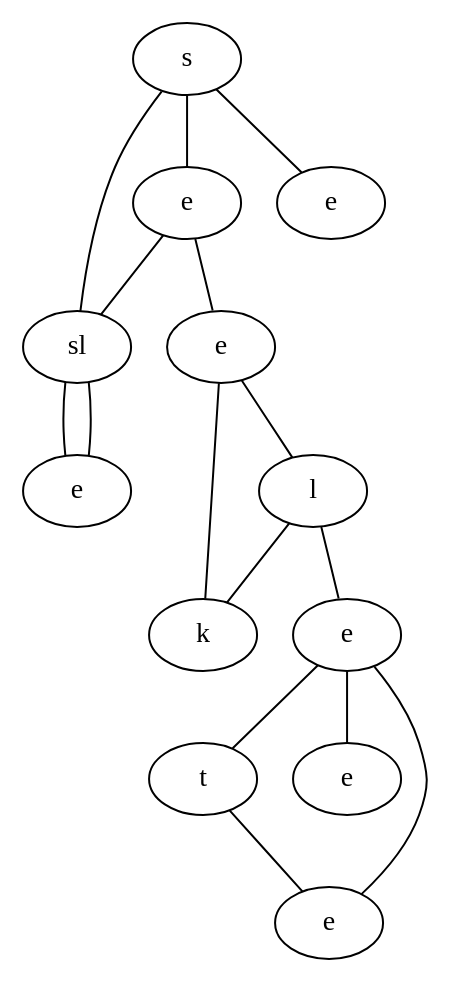
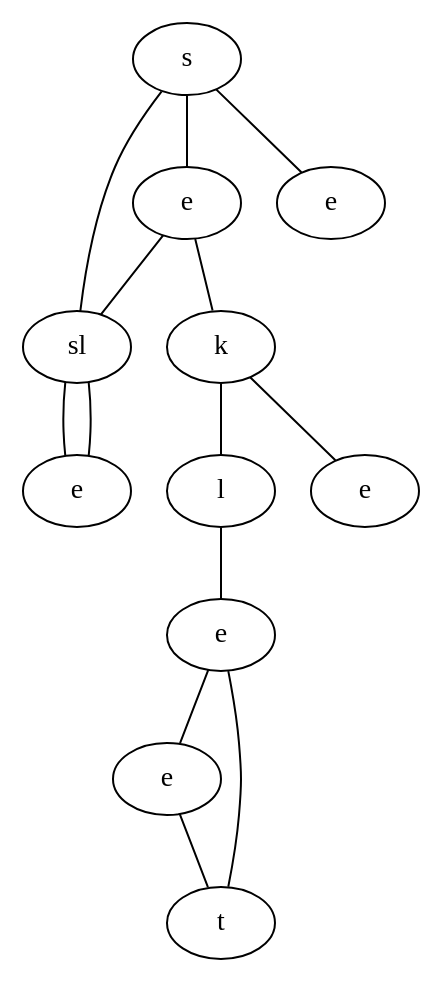
One commit to schrum2/GameGAN changed the diagram in data/VGLC/graph.dot. Above: the diagram before and after it, drawn with Graphviz. The commit also changed 596 other files, not shown here.

```diff
--- a/data/VGLC/graph.dot
+++ b/data/VGLC/graph.dot
@@ -1,29 +1,26 @@
 graph {
-OHVW[label="s"]
-FLGH[label="e"]
-WVRN[label="sl"]
-QOCA[label="e"]
-QMNW[label="e"]
-JTUK[label="e"]
-GJDG[label="l"]
-EQWJ[label="k"]
-UYWT[label="e"]
-IPMY[label="t"]
-XBIL[label="e"]
-NIJA[label="e"]
-OHVW -- FLGH
-OHVW -- WVRN
-OHVW -- QOCA
-FLGH -- QMNW
-FLGH -- WVRN
-WVRN -- JTUK
-QMNW -- GJDG
-QMNW -- EQWJ
-WVRN -- JTUK
-GJDG -- UYWT
-GJDG -- EQWJ
-UYWT -- IPMY
-UYWT -- XBIL
-UYWT -- NIJA
-IPMY -- NIJA
+KJVJ[label="s"]
+YRKO[label="e"]
+IGSW[label="sl"]
+IOPG[label="e"]
+TVRB[label="k"]
+NUPR[label="e"]
+TREG[label="l"]
+XASX[label="e"]
+AYKL[label="e"]
+GOIB[label="e"]
+EQQV[label="t"]
+KJVJ -- YRKO
+KJVJ -- IGSW
+KJVJ -- IOPG
+YRKO -- TVRB
+YRKO -- IGSW
+IGSW -- NUPR
+TVRB -- TREG
+TVRB -- XASX
+IGSW -- NUPR
+TREG -- AYKL
+AYKL -- GOIB
+AYKL -- EQQV
+GOIB -- EQQV
 }
```
